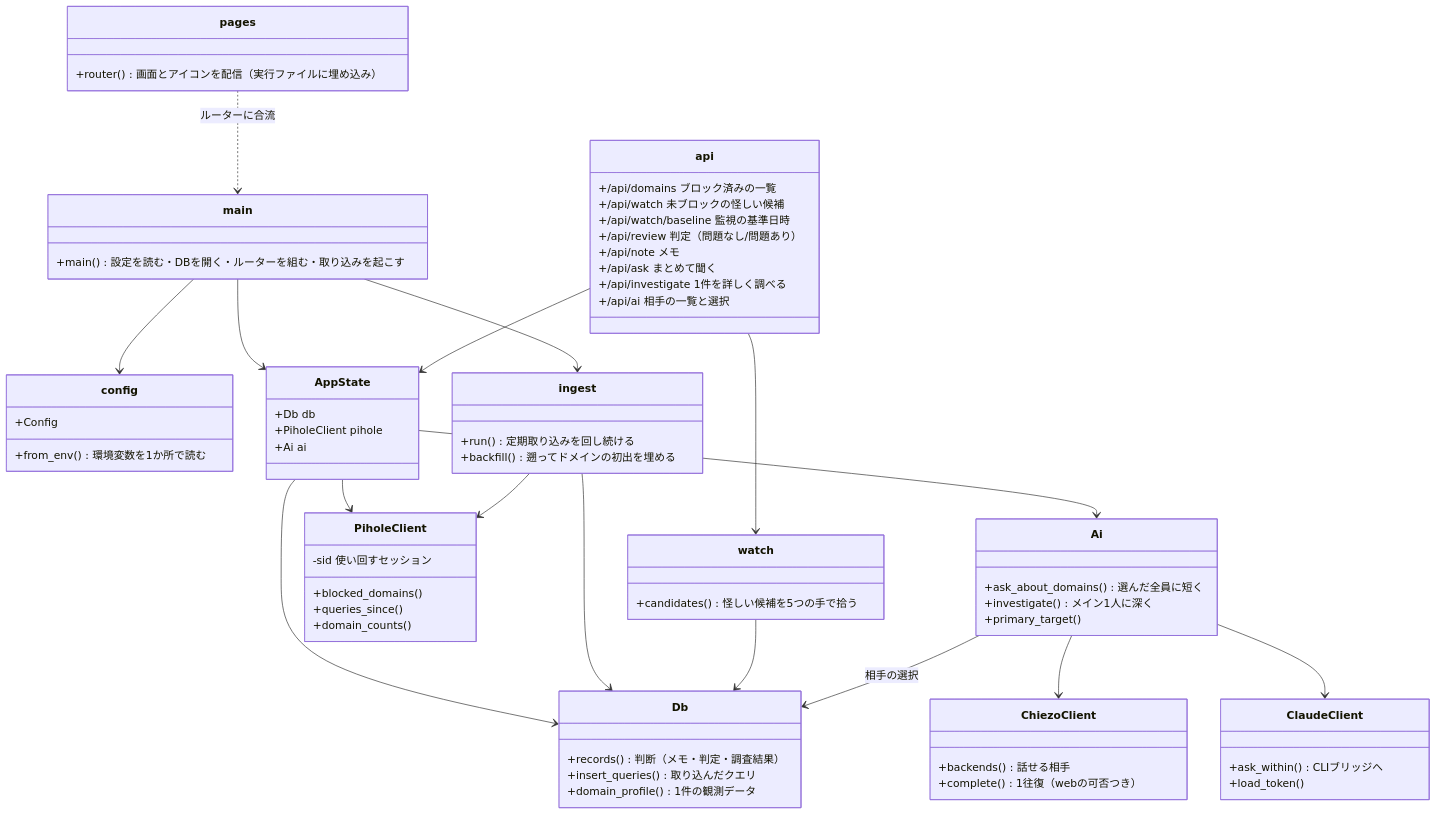
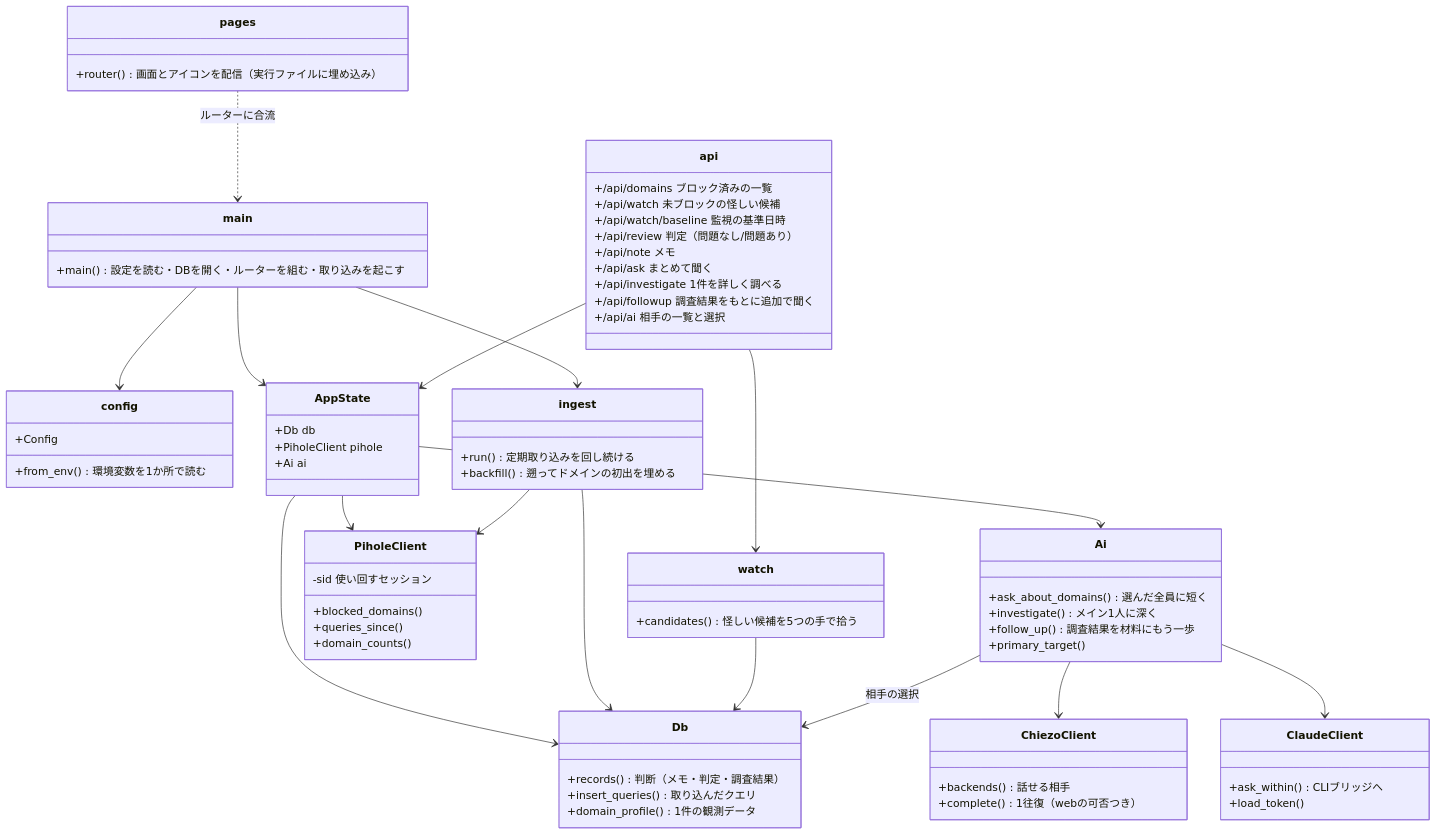
One commit to rtcode337/pihole-monitor changed the first of 5 diagrams in docs/architecture.md. Above: the diagram before and after it, drawn with Mermaid. The commit also changed other lines of this file and 7 other files, not shown here.

````diff
--- a/docs/architecture.md
+++ b/docs/architecture.md
@@ -8,75 +8,77 @@
 ```mermaid
 classDiagram
     class main {
         +main() 設定を読む・DBを開く・ルーターを組む・取り込みを起こす
     }
     class config {
         +Config
         +from_env() 環境変数を1か所で読む
     }
     class AppState {
         +Db db
         +PiholeClient pihole
         +Ai ai
     }
     class pages {
         +router() 画面とアイコンを配信（実行ファイルに埋め込み）
     }
     class api {
         +/api/domains ブロック済みの一覧
         +/api/watch 未ブロックの怪しい候補
         +/api/watch/baseline 監視の基準日時
         +/api/review 判定（問題なし/問題あり）
         +/api/note メモ
         +/api/ask まとめて聞く
         +/api/investigate 1件を詳しく調べる
+        +/api/followup 調査結果をもとに追加で聞く
         +/api/ai 相手の一覧と選択
     }
     class ingest {
         +run() 定期取り込みを回し続ける
         +backfill() 遡ってドメインの初出を埋める
     }
     class watch {
         +candidates() 怪しい候補を5つの手で拾う
     }
     class Db {
         +records() 判断（メモ・判定・調査結果）
         +insert_queries() 取り込んだクエリ
         +domain_profile() 1件の観測データ
     }
     class PiholeClient {
         +blocked_domains()
         +queries_since()
         +domain_counts()
         -sid 使い回すセッション
     }
     class Ai {
         +ask_about_domains() 選んだ全員に短く
         +investigate() メイン1人に深く
+        +follow_up() 調査結果を材料にもう一歩
         +primary_target()
     }
     class ChiezoClient {
         +backends() 話せる相手
         +complete() 1往復（webの可否つき）
     }
     class ClaudeClient {
         +ask_within() CLIブリッジへ
         +load_token()
     }
 
     main --> config
     main --> AppState
     main --> ingest
     AppState --> Db
     AppState --> PiholeClient
     AppState --> Ai
     api --> AppState
     api --> watch
     pages ..> main : ルーターに合流
     ingest --> Db
     ingest --> PiholeClient
     watch --> Db
     Ai --> ChiezoClient
     Ai --> ClaudeClient
     Ai --> Db : 相手の選択
 ```
````
